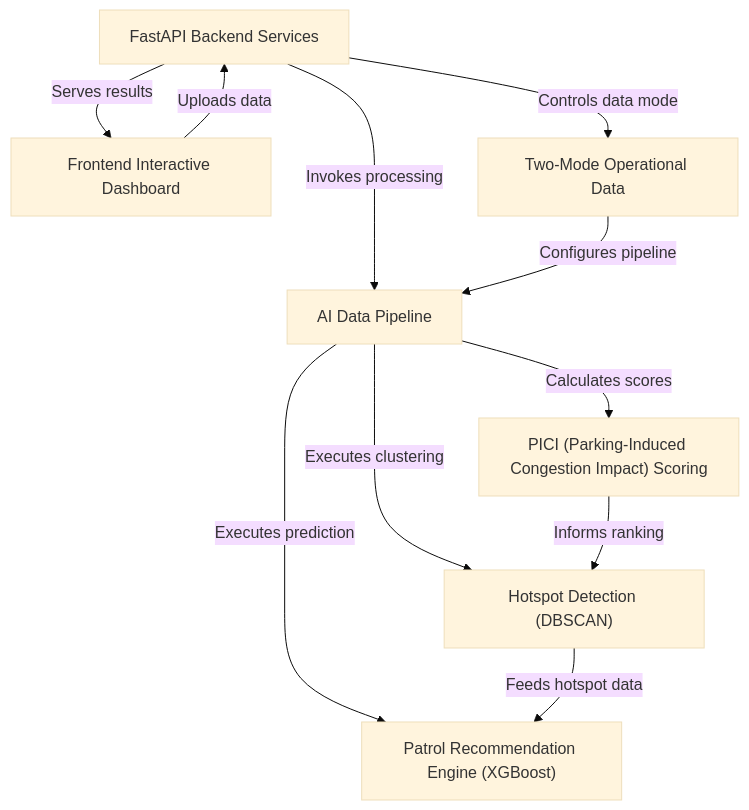
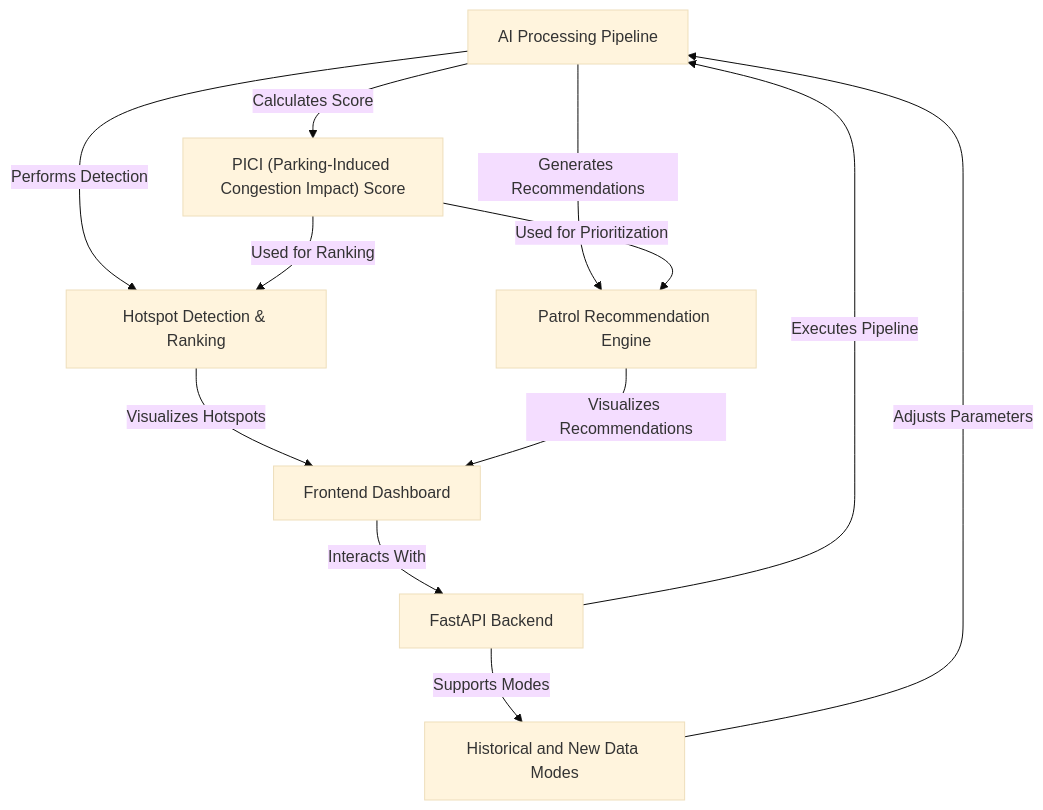
The diagram in documentation/index.md (Nava-deep-18/Gridlock_Round2), drawn with Mermaid (base theme) before and after one commit. The commit also changed other lines of this file and 16 other files, not shown here.

````diff
--- a/documentation/index.md
+++ b/documentation/index.md
@@ -8,27 +8,28 @@
 ```mermaid
 flowchart TD
-    A0["AI Data Pipeline
+    A0["AI Processing Pipeline
 "]
-    A1["PICI (Parking-Induced Congestion Impact) Scoring
+    A1["FastAPI Backend
 "]
-    A2["Hotspot Detection (DBSCAN)
+    A2["PICI (Parking-Induced Congestion Impact) Score
 "]
-    A3["Patrol Recommendation Engine (XGBoost)
+    A3["Hotspot Detection & Ranking
 "]
-    A4["FastAPI Backend Services
+    A4["Patrol Recommendation Engine
 "]
-    A5["Frontend Interactive Dashboard
+    A5["Frontend Dashboard
 "]
-    A6["Two-Mode Operational Data
+    A6["Historical and New Data Modes
 "]
-    A0 -- "Calculates scores" --> A1
-    A0 -- "Executes clustering" --> A2
-    A0 -- "Executes prediction" --> A3
-    A4 -- "Invokes processing" --> A0
-    A2 -- "Feeds hotspot data" --> A3
-    A1 -- "Informs ranking" --> A2
-    A4 -- "Serves results" --> A5
-    A5 -- "Uploads data" --> A4
-    A6 -- "Configures pipeline" --> A0
-    A4 -- "Controls data mode" --> A6
+    A5 -- "Interacts With" --> A1
+    A1 -- "Executes Pipeline" --> A0
+    A0 -- "Calculates Score" --> A2
+    A0 -- "Performs Detection" --> A3
+    A0 -- "Generates Recommendations" --> A4
+    A2 -- "Used for Ranking" --> A3
+    A2 -- "Used for Prioritization" --> A4
+    A1 -- "Supports Modes" --> A6
+    A6 -- "Adjusts Parameters" --> A0
+    A3 -- "Visualizes Hotspots" --> A5
+    A4 -- "Visualizes Recommendations" --> A5
 ```
````
